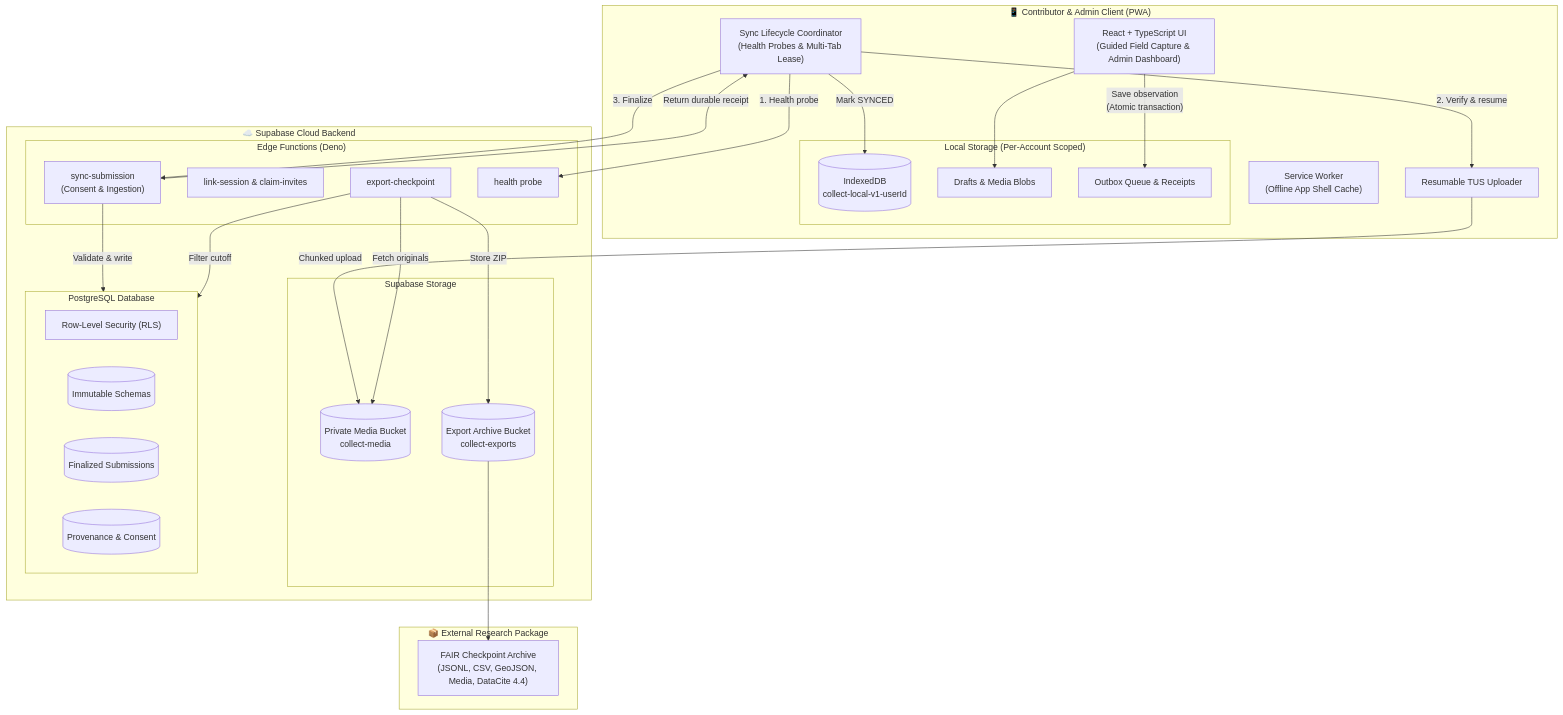
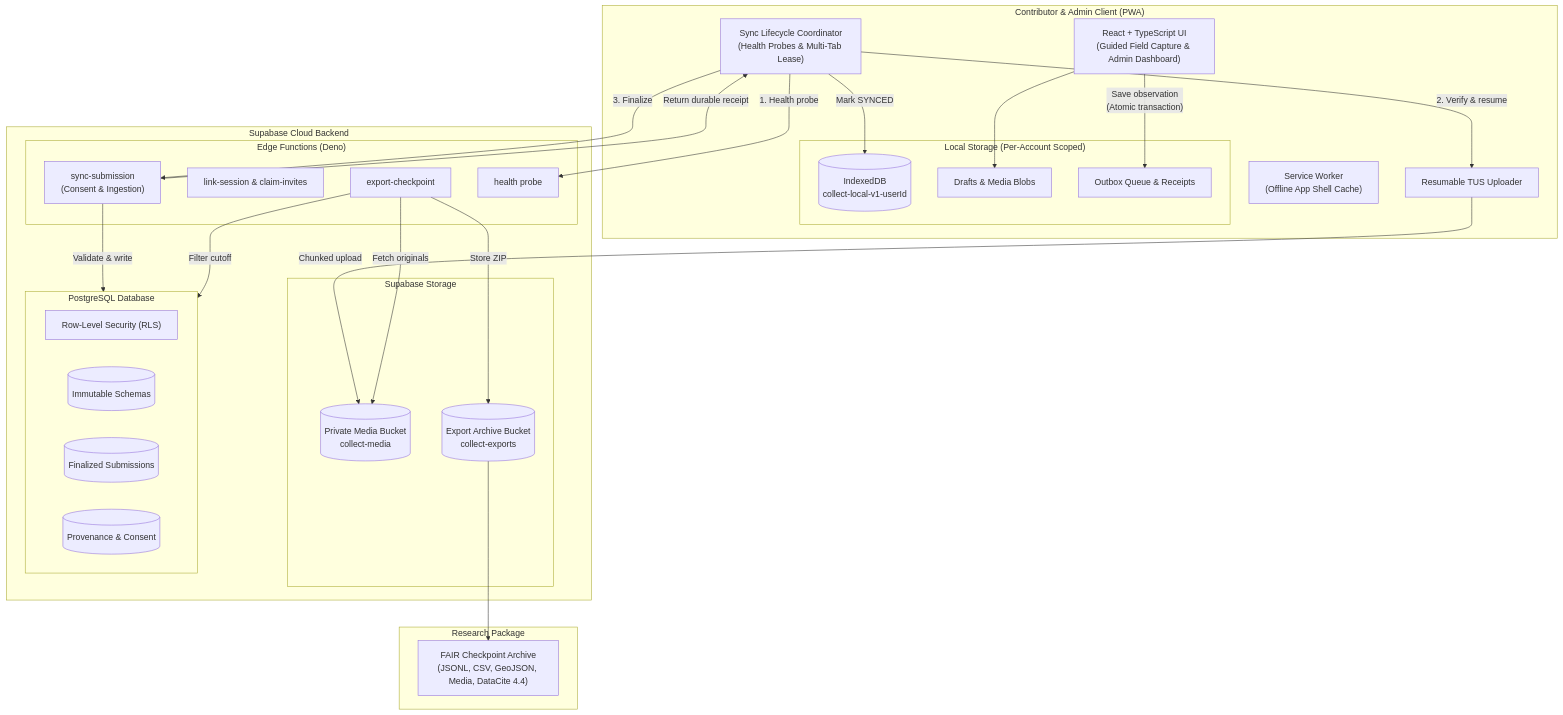
The diagram in README.md (gbrlpzz/collect), drawn with Mermaid before and after one commit. The commit also changed other lines of this file and 3 other files, not shown here.

````diff
--- a/README.md
+++ b/README.md
@@ -124,54 +61,54 @@
 ```mermaid
 flowchart TB
   accTitle: Collect Architecture Overview
   accDescr: High-level topology diagram showing client PWA, scoped local ledger, sync coordinator, edge functions, Postgres database with RLS, and storage buckets.
 
-  subgraph Client["📱 Contributor & Admin Client (PWA)"]
+  subgraph Client["Contributor & Admin Client (PWA)"]
     UI["React + TypeScript UI<br/>(Guided Field Capture & Admin Dashboard)"]
     SW["Service Worker<br/>(Offline App Shell Cache)"]
     subgraph Ledger["Local Storage (Per-Account Scoped)"]
       IDB[("IndexedDB<br/>collect-local-v1-userId")]
       Drafts["Drafts & Media Blobs"]
       Outbox["Outbox Queue & Receipts"]
     end
     SyncMgr["Sync Lifecycle Coordinator<br/>(Health Probes & Multi-Tab Lease)"]
     TUS["Resumable TUS Uploader"]
   end
 
-  subgraph Backend["☁️ Supabase Cloud Backend"]
+  subgraph Backend["Supabase Cloud Backend"]
     subgraph Edge["Edge Functions (Deno)"]
       Ingest["sync-submission<br/>(Consent & Ingestion)"]
       AuthFn["link-session & claim-invites"]
       ExportFn["export-checkpoint"]
       HealthFn["health probe"]
     end
     subgraph Storage["Supabase Storage"]
       MediaBucket[("Private Media Bucket<br/>collect-media")]
       ExportBucket[("Export Archive Bucket<br/>collect-exports")]
     end
     subgraph DB["PostgreSQL Database"]
       RLS["Row-Level Security (RLS)"]
       Schemas[("Immutable Schemas")]
       Submissions[("Finalized Submissions")]
       Provenance[("Provenance & Consent")]
     end
   end
 
-  subgraph FAIR["📦 External Research Package"]
+  subgraph FAIR["Research Package"]
     ZIP["FAIR Checkpoint Archive<br/>(JSONL, CSV, GeoJSON, Media, DataCite 4.4)"]
   end
 
   UI --> Drafts
   UI -->|"Save observation<br/>(Atomic transaction)"| Outbox
   SyncMgr -->|"1. Health probe"| HealthFn
   SyncMgr -->|"2. Verify & resume"| TUS
   TUS -->|"Chunked upload"| MediaBucket
   SyncMgr -->|"3. Finalize"| Ingest
   Ingest -->|"Validate & write"| DB
   Ingest -->|"Return durable receipt"| SyncMgr
   SyncMgr -->|"Mark SYNCED"| IDB
   ExportFn -->|"Filter cutoff"| DB
   ExportFn -->|"Fetch originals"| MediaBucket
   ExportFn -->|"Store ZIP"| ExportBucket
   ExportBucket --> ZIP
 ```
````
